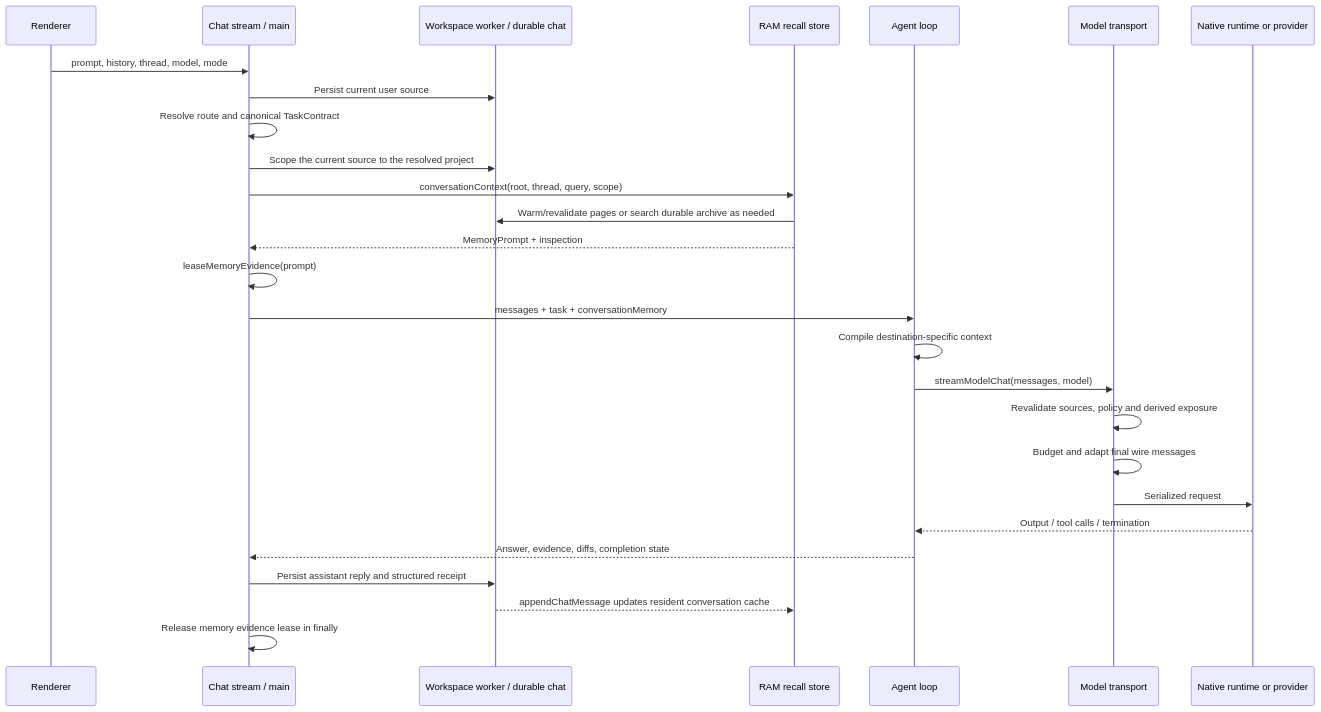
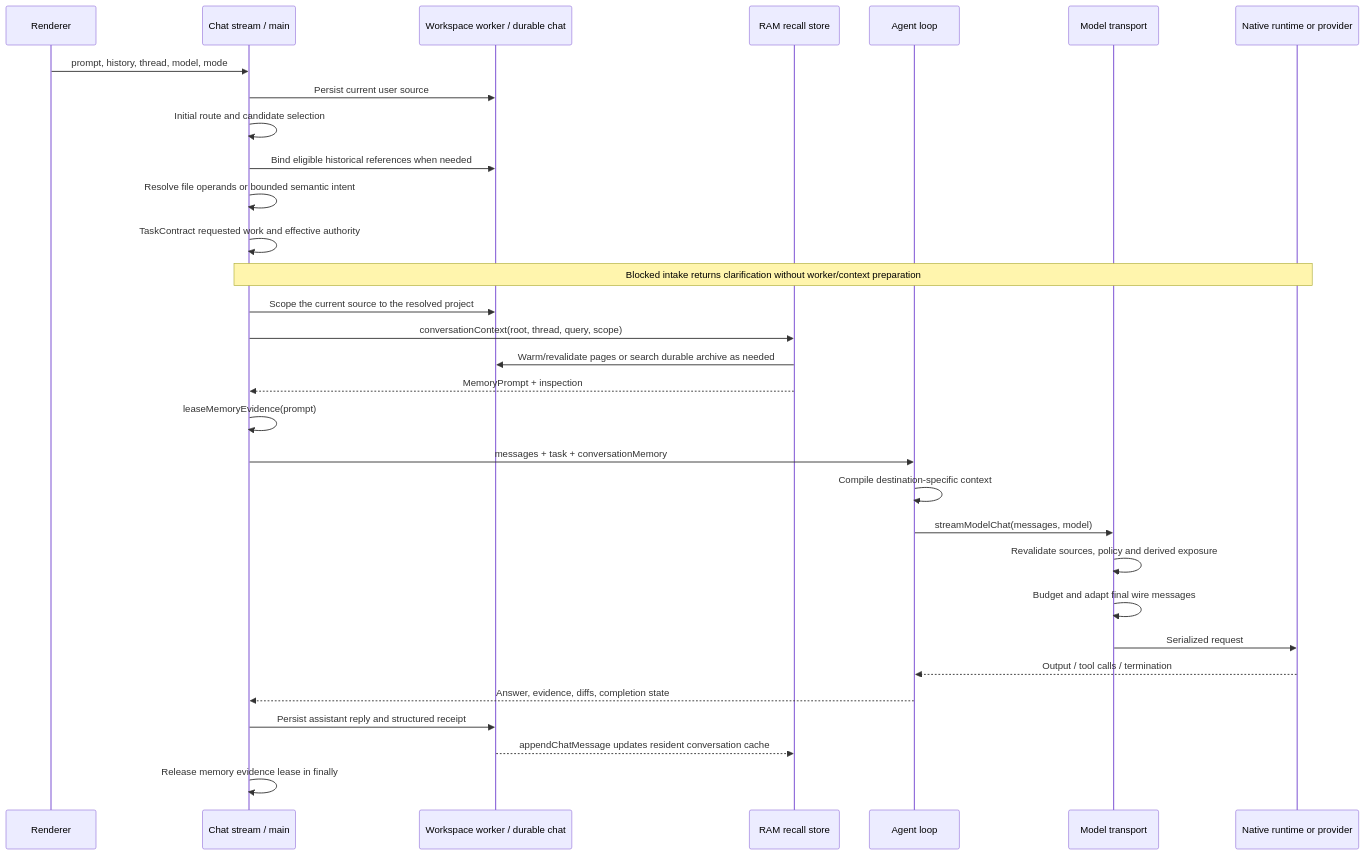
Before and after one commit to EricServices-Repo/Eris: the first of 2 diagrams in docs/design/AGENT-HANDOFF-AND-RAM-CONTEXT.md, drawn with Mermaid. The commit also changed other lines of this file and 29 other files, not shown here.

Commit message:
Preserve requested work through agent routing and completion

````diff
--- a/docs/design/AGENT-HANDOFF-AND-RAM-CONTEXT.md
+++ b/docs/design/AGENT-HANDOFF-AND-RAM-CONTEXT.md
@@ -109,29 +114,33 @@
 ```mermaid
 sequenceDiagram
     participant UI as Renderer
     participant Chat as Chat stream / main
     participant DB as Workspace worker / durable chat
     participant RAM as RAM recall store
     participant Agent as Agent loop
     participant Wire as Model transport
     participant Model as Native runtime or provider
     UI->>Chat: prompt, history, thread, model, mode
     Chat->>DB: Persist current user source
-    Chat->>Chat: Resolve route and canonical TaskContract
+    Chat->>Chat: Initial route and candidate selection
+    Chat->>DB: Bind eligible historical references when needed
+    Chat->>Chat: Resolve file operands or bounded semantic intent
+    Chat->>Chat: TaskContract requested work and effective authority
+    Note over Chat,Model: Blocked intake returns clarification without worker/context preparation
     Chat->>DB: Scope the current source to the resolved project
     Chat->>RAM: conversationContext(root, thread, query, scope)
     RAM->>DB: Warm/revalidate pages or search durable archive as needed
     RAM-->>Chat: MemoryPrompt + inspection
     Chat->>Chat: leaseMemoryEvidence(prompt)
     Chat->>Agent: messages + task + conversationMemory
     Agent->>Agent: Compile destination-specific context
     Agent->>Wire: streamModelChat(messages, model)
     Wire->>Wire: Revalidate sources, policy and derived exposure
     Wire->>Wire: Budget and adapt final wire messages
     Wire->>Model: Serialized request
     Model-->>Agent: Output / tool calls / termination
     Agent-->>Chat: Answer, evidence, diffs, completion state
     Chat->>DB: Persist assistant reply and structured receipt
     DB-->>RAM: appendChatMessage updates resident conversation cache
     Chat->>Chat: Release memory evidence lease in finally
 ```
````
